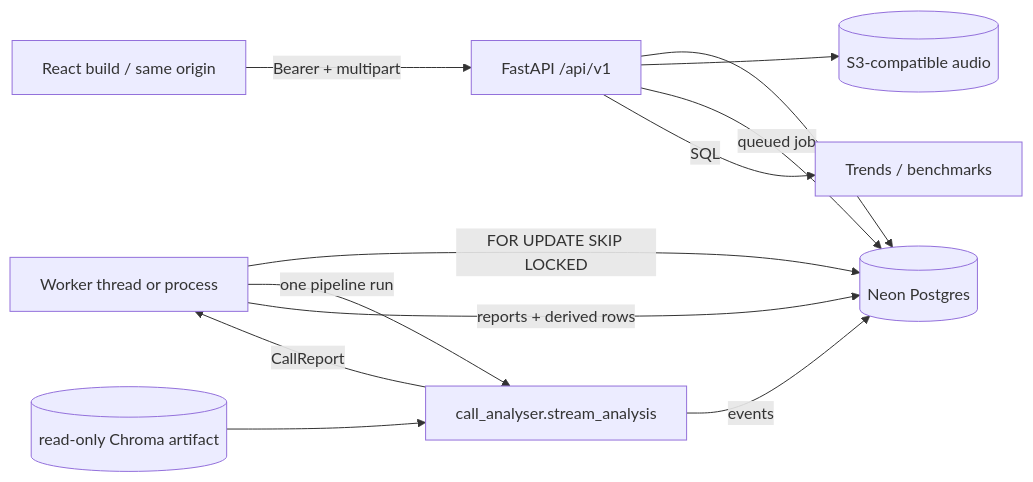
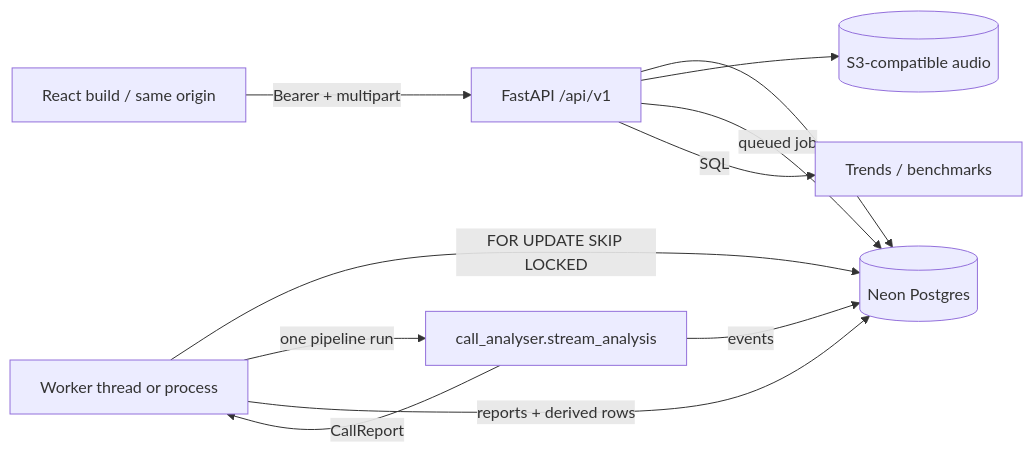
One commit to Sam-2503/Sales-Call-Dashboard changed the diagram in backend/README.md. Above: the diagram before and after it, drawn with Mermaid. The commit also changed other lines of this file and 190 other files, not shown here.

````diff
--- a/backend/README.md
+++ b/backend/README.md
@@ -10,14 +10,13 @@
 ```mermaid
 flowchart LR
   UI[React build / same origin] -->|Bearer + multipart| API[FastAPI /api/v1]
   API --> DB[(Neon Postgres)]
   API --> AUDIO[(S3-compatible audio)]
   API -->|queued job| DB
   WORKER[Worker thread or process] -->|FOR UPDATE SKIP LOCKED| DB
   WORKER -->|one pipeline run| PKG[call_analyser.stream_analysis]
   PKG -->|events| DB
   PKG -->|CallReport| WORKER
   WORKER -->|reports + derived rows| DB
   API -->|SQL| TRENDS[Trends / benchmarks]
-  CHROMA[(read-only Chroma artifact)] --> PKG
 ```
````
